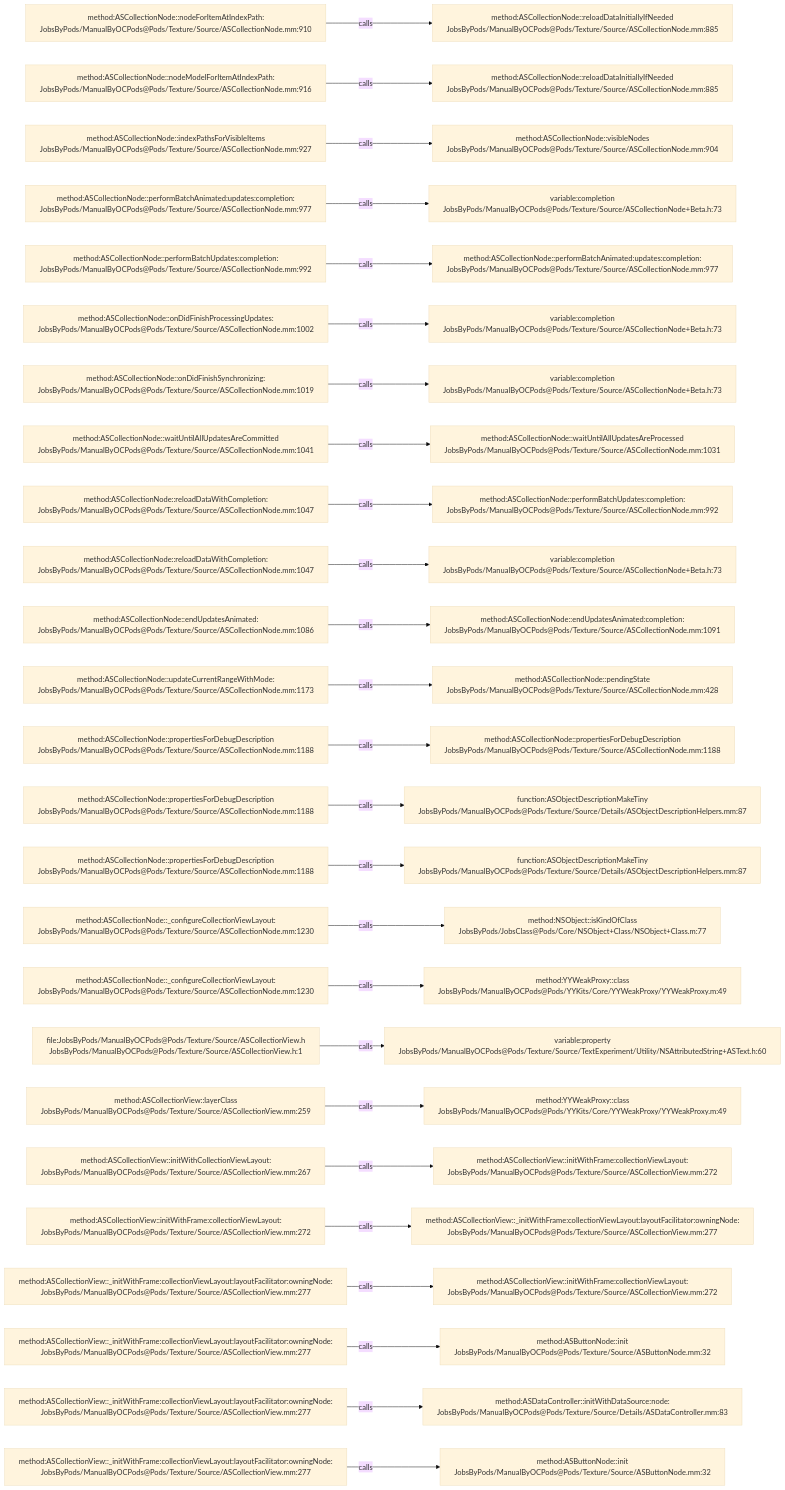
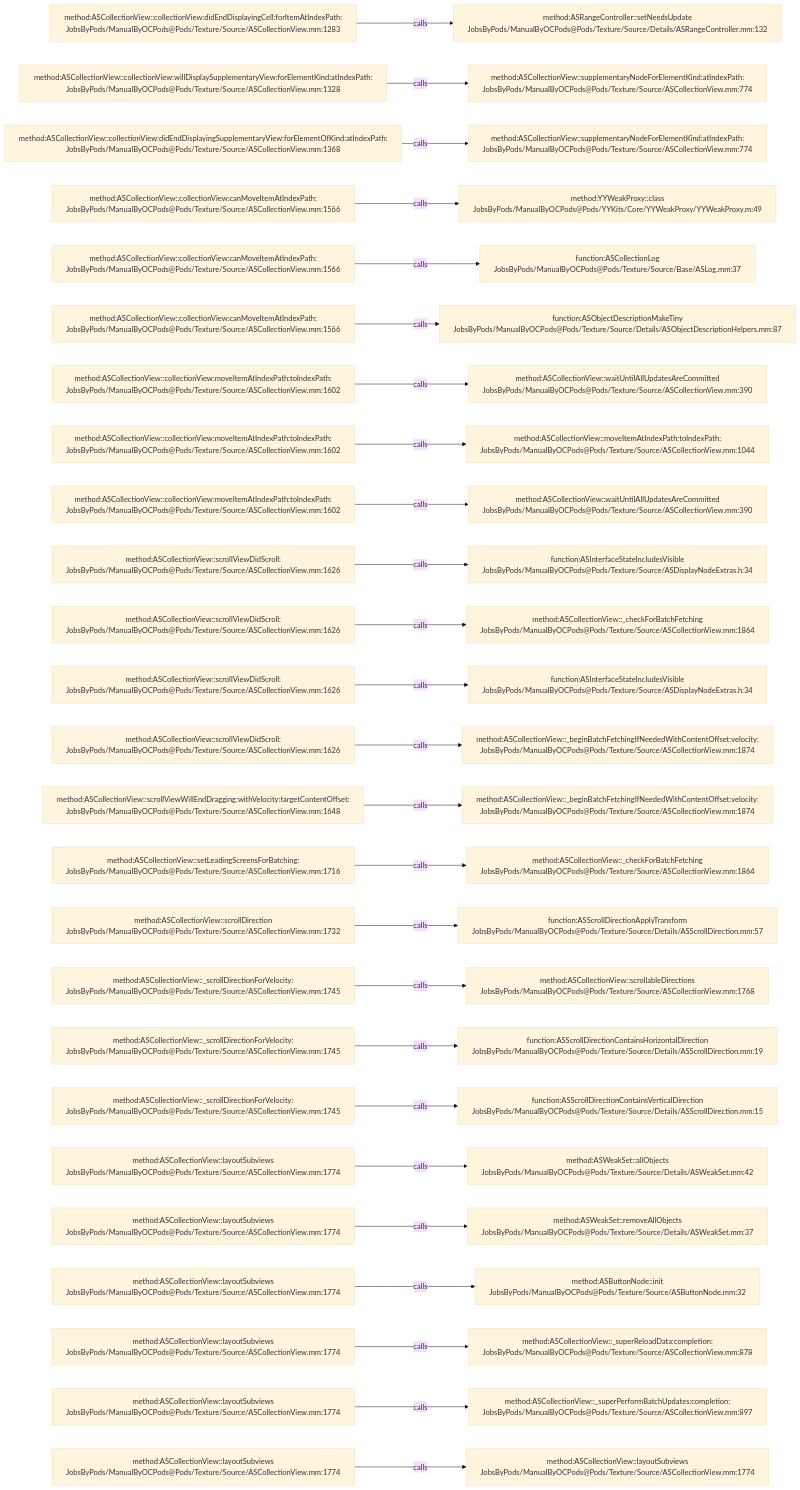
Before and after one commit to JobsKits/JobsOCBaseConfigDemo: the diagram in .codegraph/codegraph.md/graphs/calls-080.md, drawn with Mermaid (base theme). The commit also changed 1353 other files, not shown here.

````diff
--- a/.codegraph/codegraph.md/graphs/calls-080.md
+++ b/.codegraph/codegraph.md/graphs/calls-080.md
@@ -13,78 +13,78 @@
 ```mermaid
 flowchart LR
-  S1["method:ASCollectionNode::nodeForItemAtIndexPath:<br/>JobsByPods/ManualByOCPods@Pods/Texture/Source/ASCollectionNode.mm:910"]
-  T1["method:ASCollectionNode::reloadDataInitiallyIfNeeded<br/>JobsByPods/ManualByOCPods@Pods/Texture/Source/ASCollectionNode.mm:885"]
+  S1["method:ASCollectionView::collectionView:didEndDisplayingCell:forItemAtIndexPath:<br/>JobsByPods/ManualByOCPods@Pods/Texture/Source/ASCollectionView.mm:1283"]
+  T1["method:ASRangeController::setNeedsUpdate<br/>JobsByPods/ManualByOCPods@Pods/Texture/Source/Details/ASRangeController.mm:132"]
   S1 -->|calls| T1
-  S2["method:ASCollectionNode::nodeModelForItemAtIndexPath:<br/>JobsByPods/ManualByOCPods@Pods/Texture/Source/ASCollectionNode.mm:916"]
-  T2["method:ASCollectionNode::reloadDataInitiallyIfNeeded<br/>JobsByPods/ManualByOCPods@Pods/Texture/Source/ASCollectionNode.mm:885"]
+  S2["method:ASCollectionView::collectionView:willDisplaySupplementaryView:forElementKind:atIndexPath:<br/>JobsByPods/ManualByOCPods@Pods/Texture/Source/ASCollectionView.mm:1328"]
+  T2["method:ASCollectionView::supplementaryNodeForElementKind:atIndexPath:<br/>JobsByPods/ManualByOCPods@Pods/Texture/Source/ASCollectionView.mm:774"]
   S2 -->|calls| T2
-  S3["method:ASCollectionNode::indexPathsForVisibleItems<br/>JobsByPods/ManualByOCPods@Pods/Texture/Source/ASCollectionNode.mm:927"]
-  T3["method:ASCollectionNode::visibleNodes<br/>JobsByPods/ManualByOCPods@Pods/Texture/Source/ASCollectionNode.mm:904"]
+  S3["method:ASCollectionView::collectionView:didEndDisplayingSupplementaryView:forElementOfKind:atIndexPath:<br/>JobsByPods/ManualByOCPods@Pods/Texture/Source/ASCollectionView.mm:1368"]
+  T3["method:ASCollectionView::supplementaryNodeForElementKind:atIndexPath:<br/>JobsByPods/ManualByOCPods@Pods/Texture/Source/ASCollectionView.mm:774"]
   S3 -->|calls| T3
-  S4["method:ASCollectionNode::performBatchAnimated:updates:completion:<br/>JobsByPods/ManualByOCPods@Pods/Texture/Source/ASCollectionNode.mm:977"]
-  T4["variable:completion<br/>JobsByPods/ManualByOCPods@Pods/Texture/Source/ASCollectionNode+Beta.h:73"]
+  S4["method:ASCollectionView::collectionView:canMoveItemAtIndexPath:<br/>JobsByPods/ManualByOCPods@Pods/Texture/Source/ASCollectionView.mm:1566"]
+  T4["method:YYWeakProxy::class<br/>JobsByPods/ManualByOCPods@Pods/YYKits/Core/YYWeakProxy/YYWeakProxy.m:49"]
   S4 -->|calls| T4
-  S5["method:ASCollectionNode::performBatchUpdates:completion:<br/>JobsByPods/ManualByOCPods@Pods/Texture/Source/ASCollectionNode.mm:992"]
-  T5["method:ASCollectionNode::performBatchAnimated:updates:completion:<br/>JobsByPods/ManualByOCPods@Pods/Texture/Source/ASCollectionNode.mm:977"]
+  S5["method:ASCollectionView::collectionView:canMoveItemAtIndexPath:<br/>JobsByPods/ManualByOCPods@Pods/Texture/Source/ASCollectionView.mm:1566"]
+  T5["function:ASCollectionLog<br/>JobsByPods/ManualByOCPods@Pods/Texture/Source/Base/ASLog.mm:37"]
   S5 -->|calls| T5
-  S6["method:ASCollectionNode::onDidFinishProcessingUpdates:<br/>JobsByPods/ManualByOCPods@Pods/Texture/Source/ASCollectionNode.mm:1002"]
-  T6["variable:completion<br/>JobsByPods/ManualByOCPods@Pods/Texture/Source/ASCollectionNode+Beta.h:73"]
+  S6["method:ASCollectionView::collectionView:canMoveItemAtIndexPath:<br/>JobsByPods/ManualByOCPods@Pods/Texture/Source/ASCollectionView.mm:1566"]
+  T6["function:ASObjectDescriptionMakeTiny<br/>JobsByPods/ManualByOCPods@Pods/Texture/Source/Details/ASObjectDescriptionHelpers.mm:87"]
   S6 -->|calls| T6
-  S7["method:ASCollectionNode::onDidFinishSynchronizing:<br/>JobsByPods/ManualByOCPods@Pods/Texture/Source/ASCollectionNode.mm:1019"]
-  T7["variable:completion<br/>JobsByPods/ManualByOCPods@Pods/Texture/Source/ASCollectionNode+Beta.h:73"]
+  S7["method:ASCollectionView::collectionView:moveItemAtIndexPath:toIndexPath:<br/>JobsByPods/ManualByOCPods@Pods/Texture/Source/ASCollectionView.mm:1602"]
+  T7["method:ASCollectionView::waitUntilAllUpdatesAreCommitted<br/>JobsByPods/ManualByOCPods@Pods/Texture/Source/ASCollectionView.mm:390"]
   S7 -->|calls| T7
-  S8["method:ASCollectionNode::waitUntilAllUpdatesAreCommitted<br/>JobsByPods/ManualByOCPods@Pods/Texture/Source/ASCollectionNode.mm:1041"]
-  T8["method:ASCollectionNode::waitUntilAllUpdatesAreProcessed<br/>JobsByPods/ManualByOCPods@Pods/Texture/Source/ASCollectionNode.mm:1031"]
+  S8["method:ASCollectionView::collectionView:moveItemAtIndexPath:toIndexPath:<br/>JobsByPods/ManualByOCPods@Pods/Texture/Source/ASCollectionView.mm:1602"]
+  T8["method:ASCollectionView::moveItemAtIndexPath:toIndexPath:<br/>JobsByPods/ManualByOCPods@Pods/Texture/Source/ASCollectionView.mm:1044"]
   S8 -->|calls| T8
-  S9["method:ASCollectionNode::reloadDataWithCompletion:<br/>JobsByPods/ManualByOCPods@Pods/Texture/Source/ASCollectionNode.mm:1047"]
-  T9["method:ASCollectionNode::performBatchUpdates:completion:<br/>JobsByPods/ManualByOCPods@Pods/Texture/Source/ASCollectionNode.mm:992"]
+  S9["method:ASCollectionView::collectionView:moveItemAtIndexPath:toIndexPath:<br/>JobsByPods/ManualByOCPods@Pods/Texture/Source/ASCollectionView.mm:1602"]
+  T9["method:ASCollectionView::waitUntilAllUpdatesAreCommitted<br/>JobsByPods/ManualByOCPods@Pods/Texture/Source/ASCollectionView.mm:390"]
   S9 -->|calls| T9
-  S10["method:ASCollectionNode::reloadDataWithCompletion:<br/>JobsByPods/ManualByOCPods@Pods/Texture/Source/ASCollectionNode.mm:1047"]
-  T10["variable:completion<br/>JobsByPods/ManualByOCPods@Pods/Texture/Source/ASCollectionNode+Beta.h:73"]
+  S10["method:ASCollectionView::scrollViewDidScroll:<br/>JobsByPods/ManualByOCPods@Pods/Texture/Source/ASCollectionView.mm:1626"]
+  T10["function:ASInterfaceStateIncludesVisible<br/>JobsByPods/ManualByOCPods@Pods/Texture/Source/ASDisplayNodeExtras.h:34"]
   S10 -->|calls| T10
-  S11["method:ASCollectionNode::endUpdatesAnimated:<br/>JobsByPods/ManualByOCPods@Pods/Texture/Source/ASCollectionNode.mm:1086"]
-  T11["method:ASCollectionNode::endUpdatesAnimated:completion:<br/>JobsByPods/ManualByOCPods@Pods/Texture/Source/ASCollectionNode.mm:1091"]
+  S11["method:ASCollectionView::scrollViewDidScroll:<br/>JobsByPods/ManualByOCPods@Pods/Texture/Source/ASCollectionView.mm:1626"]
+  T11["method:ASCollectionView::_checkForBatchFetching<br/>JobsByPods/ManualByOCPods@Pods/Texture/Source/ASCollectionView.mm:1864"]
   S11 -->|calls| T11
-  S12["method:ASCollectionNode::updateCurrentRangeWithMode:<br/>JobsByPods/ManualByOCPods@Pods/Texture/Source/ASCollectionNode.mm:1173"]
-  T12["method:ASCollectionNode::pendingState<br/>JobsByPods/ManualByOCPods@Pods/Texture/Source/ASCollectionNode.mm:428"]
+  S12["method:ASCollectionView::scrollViewDidScroll:<br/>JobsByPods/ManualByOCPods@Pods/Texture/Source/ASCollectionView.mm:1626"]
+  T12["function:ASInterfaceStateIncludesVisible<br/>JobsByPods/ManualByOCPods@Pods/Texture/Source/ASDisplayNodeExtras.h:34"]
   S12 -->|calls| T12
-  S13["method:ASCollectionNode::propertiesForDebugDescription<br/>JobsByPods/ManualByOCPods@Pods/Texture/Source/ASCollectionNode.mm:1188"]
-  T13["method:ASCollectionNode::propertiesForDebugDescription<br/>JobsByPods/ManualByOCPods@Pods/Texture/Source/ASCollectionNode.mm:1188"]
+  S13["method:ASCollectionView::scrollViewDidScroll:<br/>JobsByPods/ManualByOCPods@Pods/Texture/Source/ASCollectionView.mm:1626"]
+  T13["method:ASCollectionView::_beginBatchFetchingIfNeededWithContentOffset:velocity:<br/>JobsByPods/ManualByOCPods@Pods/Texture/Source/ASCollectionView.mm:1874"]
   S13 -->|calls| T13
-  S14["method:ASCollectionNode::propertiesForDebugDescription<br/>JobsByPods/ManualByOCPods@Pods/Texture/Source/ASCollectionNode.mm:1188"]
-  T14["function:ASObjectDescriptionMakeTiny<br/>JobsByPods/ManualByOCPods@Pods/Texture/Source/Details/ASObjectDescriptionHelpers.mm:87"]
+  S14["method:ASCollectionView::scrollViewWillEndDragging:withVelocity:targetContentOffset:<br/>JobsByPods/ManualByOCPods@Pods/Texture/Source/ASCollectionView.mm:1648"]
+  T14["method:ASCollectionView::_beginBatchFetchingIfNeededWithContentOffset:velocity:<br/>JobsByPods/ManualByOCPods@Pods/Texture/Source/ASCollectionView.mm:1874"]
   S14 -->|calls| T14
-  S15["method:ASCollectionNode::propertiesForDebugDescription<br/>JobsByPods/ManualByOCPods@Pods/Texture/Source/ASCollectionNode.mm:1188"]
-  T15["function:ASObjectDescriptionMakeTiny<br/>JobsByPods/ManualByOCPods@Pods/Texture/Source/Details/ASObjectDescriptionHelpers.mm:87"]
+  S15["method:ASCollectionView::setLeadingScreensForBatching:<br/>JobsByPods/ManualByOCPods@Pods/Texture/Source/ASCollectionView.mm:1716"]
+  T15["method:ASCollectionView::_checkForBatchFetching<br/>JobsByPods/ManualByOCPods@Pods/Texture/Source/ASCollectionView.mm:1864"]
   S15 -->|calls| T15
-  S16["method:ASCollectionNode::_configureCollectionViewLayout:<br/>JobsByPods/ManualByOCPods@Pods/Texture/Source/ASCollectionNode.mm:1230"]
-  T16["method:NSObject::isKindOfClass<br/>JobsByPods/JobsClass@Pods/Core/NSObject+Class/NSObject+Class.m:77"]
+  S16["method:ASCollectionView::scrollDirection<br/>JobsByPods/ManualByOCPods@Pods/Texture/Source/ASCollectionView.mm:1732"]
+  T16["function:ASScrollDirectionApplyTransform<br/>JobsByPods/ManualByOCPods@Pods/Texture/Source/Details/ASScrollDirection.mm:57"]
   S16 -->|calls| T16
-  S17["method:ASCollectionNode::_configureCollectionViewLayout:<br/>JobsByPods/ManualByOCPods@Pods/Texture/Source/ASCollectionNode.mm:1230"]
-  T17["method:YYWeakProxy::class<br/>JobsByPods/ManualByOCPods@Pods/YYKits/Core/YYWeakProxy/YYWeakProxy.m:49"]
+  S17["method:ASCollectionView::_scrollDirectionForVelocity:<br/>JobsByPods/ManualByOCPods@Pods/Texture/Source/ASCollectionView.mm:1745"]
+  T17["method:ASCollectionView::scrollableDirections<br/>JobsByPods/ManualByOCPods@Pods/Texture/Source/ASCollectionView.mm:1768"]
   S17 -->|calls| T17
-  S18["file:JobsByPods/ManualByOCPods@Pods/Texture/Source/ASCollectionView.h<br/>JobsByPods/ManualByOCPods@Pods/Texture/Source/ASCollectionView.h:1"]
-  T18["variable:property<br/>JobsByPods/ManualByOCPods@Pods/Texture/Source/TextExperiment/Utility/NSAttributedString+ASText.h:60"]
+  S18["method:ASCollectionView::_scrollDirectionForVelocity:<br/>JobsByPods/ManualByOCPods@Pods/Texture/Source/ASCollectionView.mm:1745"]
+  T18["function:ASScrollDirectionContainsHorizontalDirection<br/>JobsByPods/ManualByOCPods@Pods/Texture/Source/Details/ASScrollDirection.mm:19"]
   S18 -->|calls| T18
-  S19["method:ASCollectionView::layerClass<br/>JobsByPods/ManualByOCPods@Pods/Texture/Source/ASCollectionView.mm:259"]
-  T19["method:YYWeakProxy::class<br/>JobsByPods/ManualByOCPods@Pods/YYKits/Core/YYWeakProxy/YYWeakProxy.m:49"]
+  S19["method:ASCollectionView::_scrollDirectionForVelocity:<br/>JobsByPods/ManualByOCPods@Pods/Texture/Source/ASCollectionView.mm:1745"]
+  T19["function:ASScrollDirectionContainsVerticalDirection<br/>JobsByPods/ManualByOCPods@Pods/Texture/Source/Details/ASScrollDirection.mm:15"]
   S19 -->|calls| T19
-  S20["method:ASCollectionView::initWithCollectionViewLayout:<br/>JobsByPods/ManualByOCPods@Pods/Texture/Source/ASCollectionView.mm:267"]
-  T20["method:ASCollectionView::initWithFrame:collectionViewLayout:<br/>JobsByPods/ManualByOCPods@Pods/Texture/Source/ASCollectionView.mm:272"]
+  S20["method:ASCollectionView::layoutSubviews<br/>JobsByPods/ManualByOCPods@Pods/Texture/Source/ASCollectionView.mm:1774"]
+  T20["method:ASWeakSet::allObjects<br/>JobsByPods/ManualByOCPods@Pods/Texture/Source/Details/ASWeakSet.mm:42"]
   S20 -->|calls| T20
-  S21["method:ASCollectionView::initWithFrame:collectionViewLayout:<br/>JobsByPods/ManualByOCPods@Pods/Texture/Source/ASCollectionView.mm:272"]
-  T21["method:ASCollectionView::_initWithFrame:collectionViewLayout:layoutFacilitator:owningNode:<br/>JobsByPods/ManualByOCPods@Pods/Texture/Source/ASCollectionView.mm:277"]
+  S21["method:ASCollectionView::layoutSubviews<br/>JobsByPods/ManualByOCPods@Pods/Texture/Source/ASCollectionView.mm:1774"]
+  T21["method:ASWeakSet::removeAllObjects<br/>JobsByPods/ManualByOCPods@Pods/Texture/Source/Details/ASWeakSet.mm:37"]
   S21 -->|calls| T21
-  S22["method:ASCollectionView::_initWithFrame:collectionViewLayout:layoutFacilitator:owningNode:<br/>JobsByPods/ManualByOCPods@Pods/Texture/Source/ASCollectionView.mm:277"]
-  T22["method:ASCollectionView::initWithFrame:collectionViewLayout:<br/>JobsByPods/ManualByOCPods@Pods/Texture/Source/ASCollectionView.mm:272"]
+  S22["method:ASCollectionView::layoutSubviews<br/>JobsByPods/ManualByOCPods@Pods/Texture/Source/ASCollectionView.mm:1774"]
+  T22["method:ASButtonNode::init<br/>JobsByPods/ManualByOCPods@Pods/Texture/Source/ASButtonNode.mm:32"]
   S22 -->|calls| T22
-  S23["method:ASCollectionView::_initWithFrame:collectionViewLayout:layoutFacilitator:owningNode:<br/>JobsByPods/ManualByOCPods@Pods/Texture/Source/ASCollectionView.mm:277"]
-  T23["method:ASButtonNode::init<br/>JobsByPods/ManualByOCPods@Pods/Texture/Source/ASButtonNode.mm:32"]
+  S23["method:ASCollectionView::layoutSubviews<br/>JobsByPods/ManualByOCPods@Pods/Texture/Source/ASCollectionView.mm:1774"]
+  T23["method:ASCollectionView::_superReloadData:completion:<br/>JobsByPods/ManualByOCPods@Pods/Texture/Source/ASCollectionView.mm:878"]
   S23 -->|calls| T23
-  S24["method:ASCollectionView::_initWithFrame:collectionViewLayout:layoutFacilitator:owningNode:<br/>JobsByPods/ManualByOCPods@Pods/Texture/Source/ASCollectionView.mm:277"]
-  T24["method:ASDataController::initWithDataSource:node:<br/>JobsByPods/ManualByOCPods@Pods/Texture/Source/Details/ASDataController.mm:83"]
+  S24["method:ASCollectionView::layoutSubviews<br/>JobsByPods/ManualByOCPods@Pods/Texture/Source/ASCollectionView.mm:1774"]
+  T24["method:ASCollectionView::_superPerformBatchUpdates:completion:<br/>JobsByPods/ManualByOCPods@Pods/Texture/Source/ASCollectionView.mm:897"]
   S24 -->|calls| T24
-  S25["method:ASCollectionView::_initWithFrame:collectionViewLayout:layoutFacilitator:owningNode:<br/>JobsByPods/ManualByOCPods@Pods/Texture/Source/ASCollectionView.mm:277"]
-  T25["method:ASButtonNode::init<br/>JobsByPods/ManualByOCPods@Pods/Texture/Source/ASButtonNode.mm:32"]
+  S25["method:ASCollectionView::layoutSubviews<br/>JobsByPods/ManualByOCPods@Pods/Texture/Source/ASCollectionView.mm:1774"]
+  T25["method:ASCollectionView::layoutSubviews<br/>JobsByPods/ManualByOCPods@Pods/Texture/Source/ASCollectionView.mm:1774"]
   S25 -->|calls| T25
 ```
````
